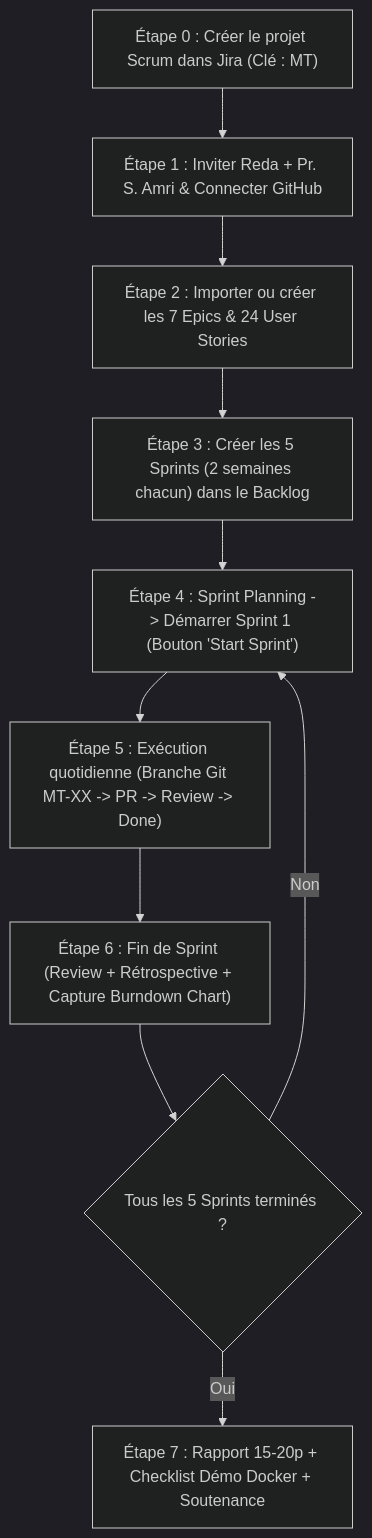
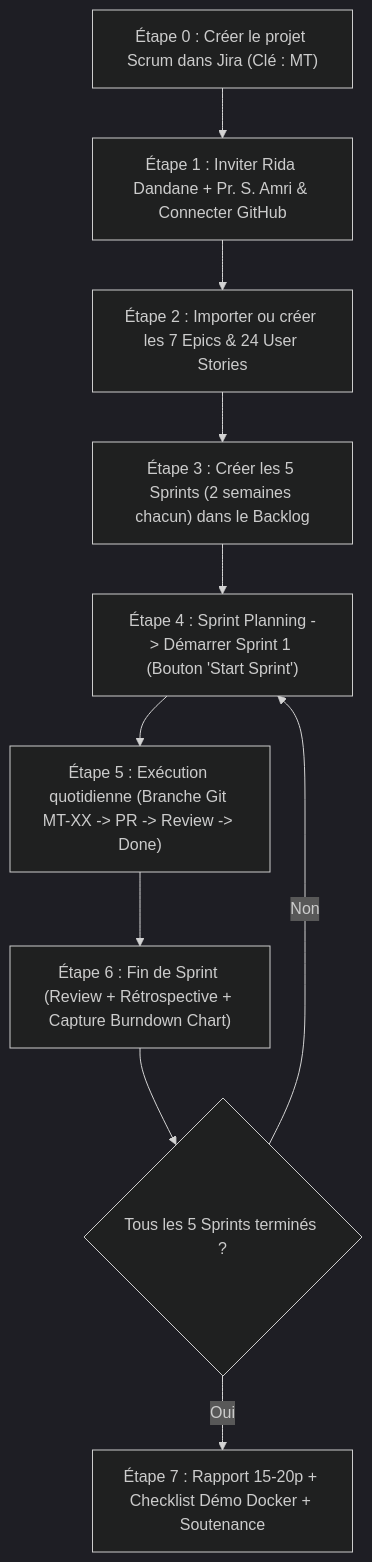
Before and after one commit to lhassanoubihi/meditrack: the diagram in docs/jira/GUIDE_SCRUM_JIRA.md, drawn with Mermaid (dark theme). The commit also changed other lines of this file and 1 other file, not shown here.

Commit message:
MT-1 chore: update team member to Rida Dandane across all documentation and templates

````diff
--- a/docs/jira/GUIDE_SCRUM_JIRA.md
+++ b/docs/jira/GUIDE_SCRUM_JIRA.md
@@ -29,12 +29,12 @@
 ```mermaid
 flowchart TD
-    E0["Étape 0 : Créer le projet Scrum dans Jira (Clé : MT)"] --> E1["Étape 1 : Inviter Reda + Pr. S. Amri & Connecter GitHub"]
+    E0["Étape 0 : Créer le projet Scrum dans Jira (Clé : MT)"] --> E1["Étape 1 : Inviter Rida Dandane + Pr. S. Amri & Connecter GitHub"]
     E1 --> E2["Étape 2 : Importer ou créer les 7 Epics & 24 User Stories"]
     E2 --> E3["Étape 3 : Créer les 5 Sprints (2 semaines chacun) dans le Backlog"]
     E3 --> E4["Étape 4 : Sprint Planning -> Démarrer Sprint 1 (Bouton 'Start Sprint')"]
     E4 --> E5["Étape 5 : Exécution quotidienne (Branche Git MT-XX -> PR -> Review -> Done)"]
     E5 --> E6["Étape 6 : Fin de Sprint (Review + Rétrospective + Capture Burndown Chart)"]
     E6 --> E7{"Tous les 5 Sprints terminés ?"}
     E7 -- "Non" --> E4
     E7 -- "Oui" --> E8["Étape 7 : Rapport 15-20p + Checklist Démo Docker + Soutenance"]
 ```
````
